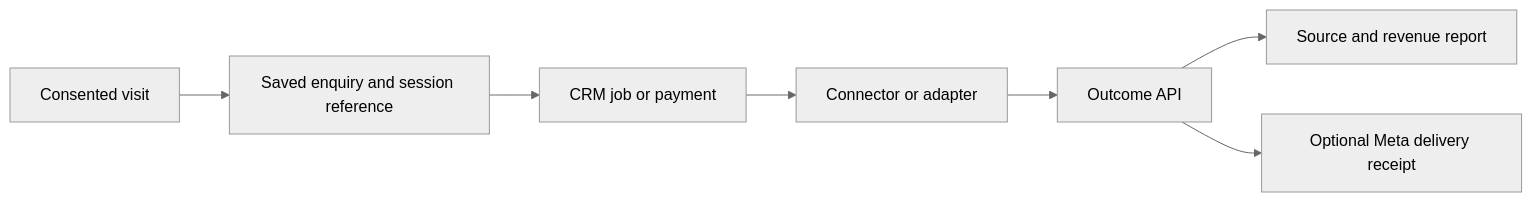
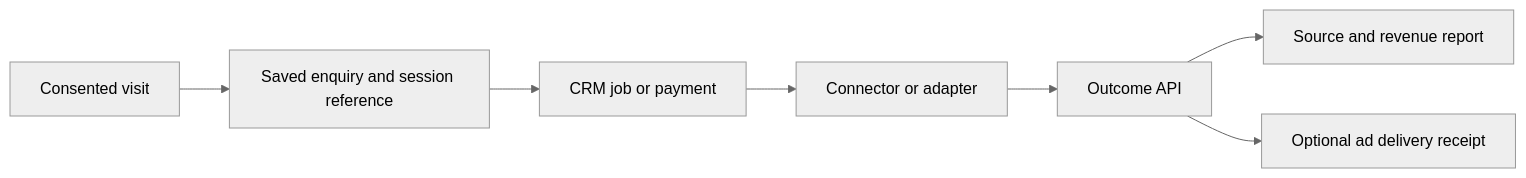
One commit to Zaclive/pipelineon-attribution-kit changed the diagram in docs/setup.md. Above: the diagram before and after it, drawn with Mermaid (neutral theme). The commit also changed 3 other files, not shown here.

````diff
--- a/docs/setup.md
+++ b/docs/setup.md
@@ -18,9 +18,9 @@
 ```mermaid
 flowchart LR
   V[Consented visit] --> F[Saved enquiry and session reference]
   F --> C[CRM job or payment]
   C --> A[Connector or adapter]
   A --> I[Outcome API]
   I --> R[Source and revenue report]
-  I --> M[Optional Meta delivery receipt]
+  I --> M[Optional ad delivery receipt]
 ```
````
